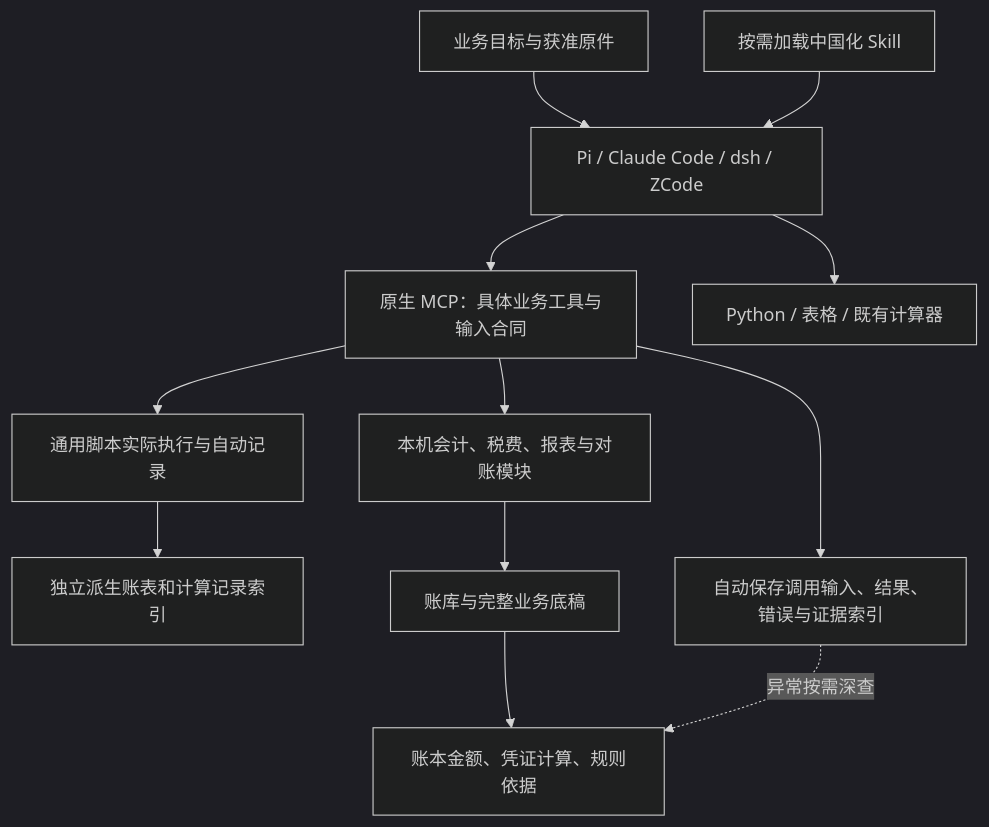
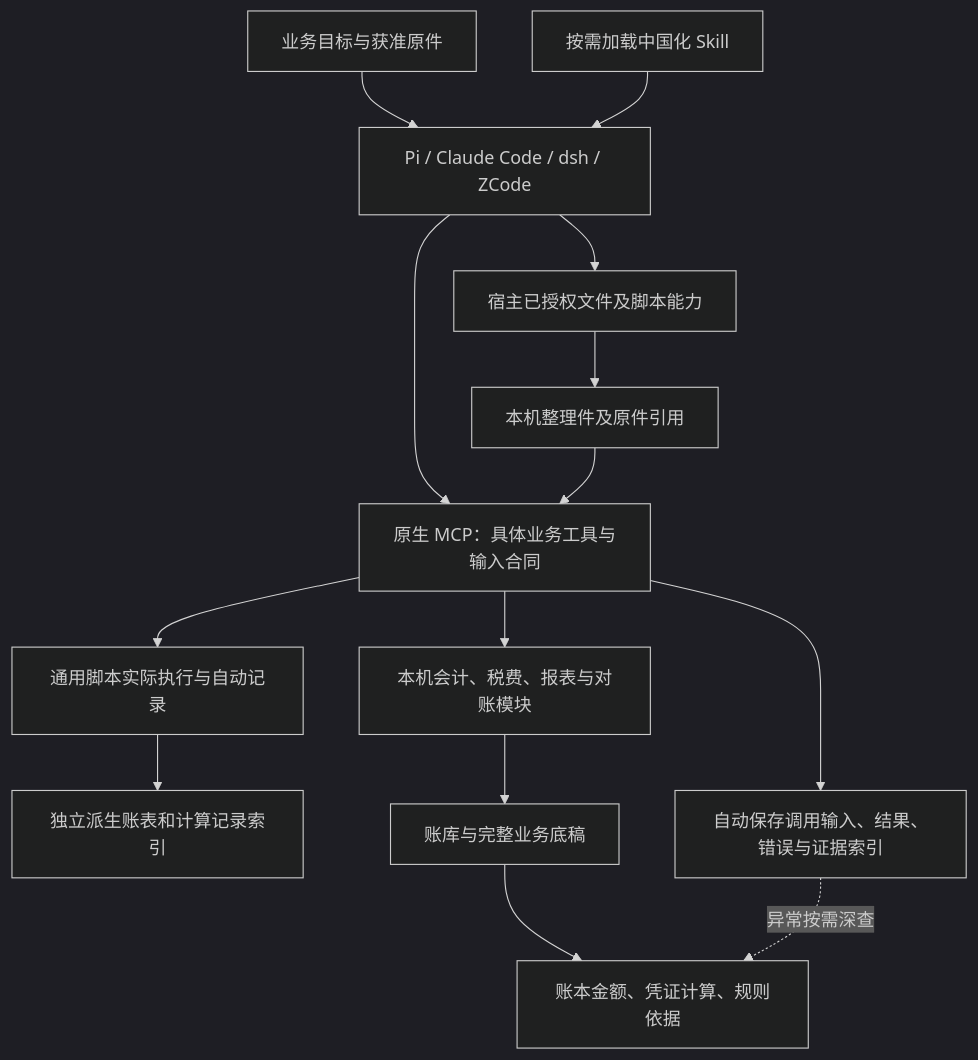
Before and after one commit to huxiaoyang-code/taxes-agent: the diagram in docs/AGENT-ARCHITECTURE.md, drawn with Mermaid (dark theme). The commit also changed other lines of this file and 50 other files, not shown here.

````diff
--- a/docs/AGENT-ARCHITECTURE.md
+++ b/docs/AGENT-ARCHITECTURE.md
@@ -7,14 +7,16 @@
 ```mermaid
 flowchart TD
   U[业务目标与获准原件] --> A[Pi / Claude Code / dsh / ZCode]
   S[按需加载中国化 Skill] --> A
   A --> M[原生 MCP：具体业务工具与输入合同]
-  A --> C[Python / 表格 / 既有计算器]
+  A --> C[宿主已授权文件及脚本能力]
+  C --> O[本机整理件及原件引用]
+  O --> M
   M --> G[通用脚本实际执行与自动记录]
   G --> P[独立派生账表和计算记录索引]
   M --> B[本机会计、税费、报表与对账模块]
   B --> D[账库与完整业务底稿]
   M --> R[自动保存调用输入、结果、错误与证据索引]
   D --> V[账本金额、凭证计算、规则依据]
   R -.异常按需深查.-> V
 ```
````
